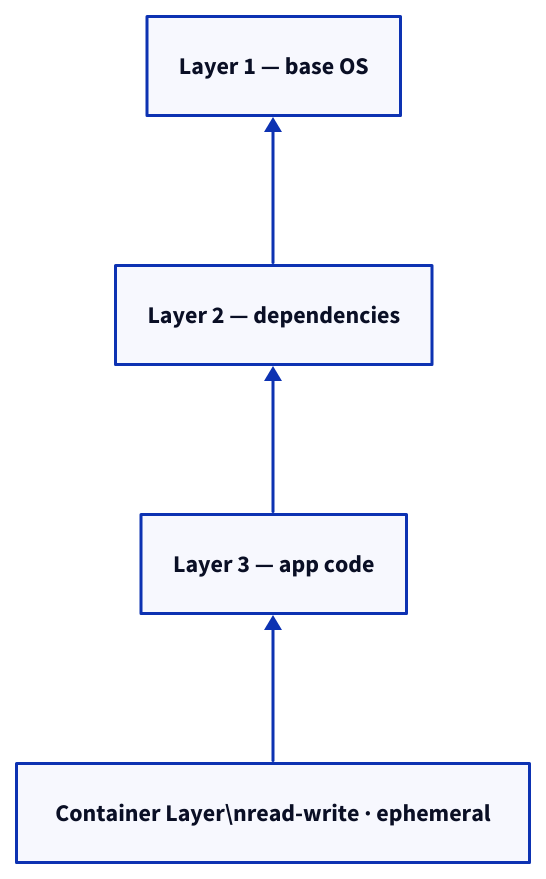
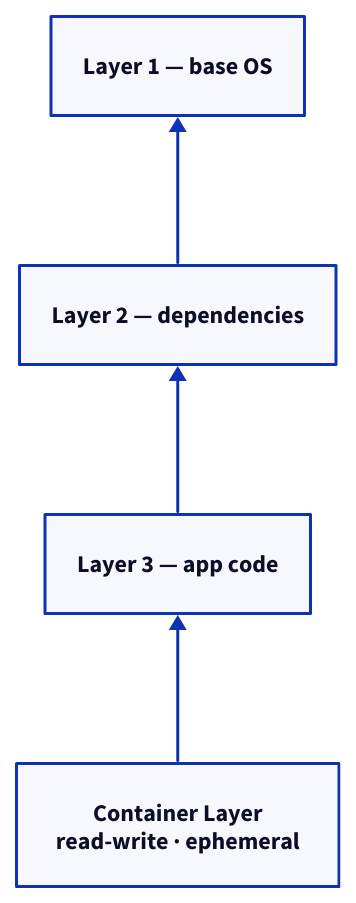
One commit to rebash-rebash/rebash-academy changed the second of 2 diagrams in docs/docker/docker-architecture-and-components.md. Above: the diagram before and after it, drawn with D2. The commit also changed other lines of this file and 177 other files, not shown here.

First line of the commit message:
Ship Terraform track, diagram polish, and new brand favicon.

````diff
--- a/docs/docker/docker-architecture-and-components.md
+++ b/docs/docker/docker-architecture-and-components.md
@@ -179,11 +179,11 @@
 ```d2
 direction: up
 
-RW: "Container Layer\\nread-write · ephemeral"
+RW: "Container Layer\nread-write · ephemeral"
     L3: "Layer 3 — app code"
     L2: "Layer 2 — dependencies"
     L1: "Layer 1 — base OS"
     RW -> L3
     L3 -> L2
     L2 -> L1
 ```
````
